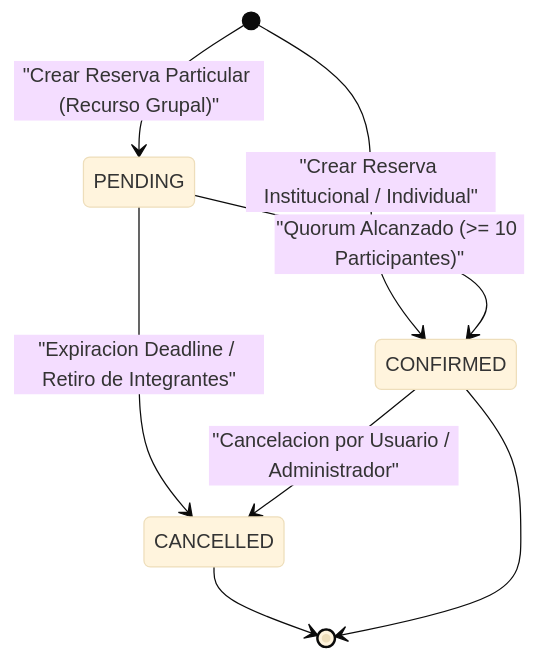
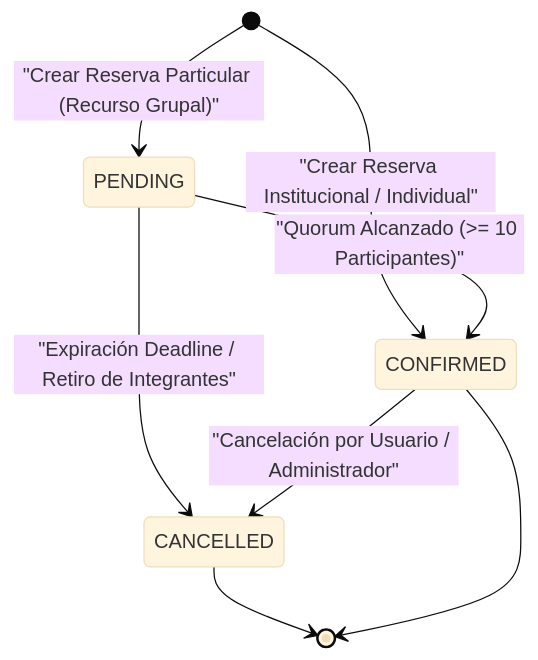
One commit to Nicolas-Montana-Baeza/Poli-REDI changed the second of 2 diagrams in docs/02-arquitectura-y-sistema.md. Above: the diagram before and after it, drawn with Mermaid (base theme). The commit also changed other lines of this file and 63 other files, not shown here.

````diff
--- a/docs/02-arquitectura-y-sistema.md
+++ b/docs/02-arquitectura-y-sistema.md
@@ -173,10 +173,10 @@
 ```mermaid
 stateDiagram-v2
     [*] --> PENDING : "Crear Reserva Particular (Recurso Grupal)"
     [*] --> CONFIRMED : "Crear Reserva Institucional / Individual"
     PENDING --> CONFIRMED : "Quorum Alcanzado (>= 10 Participantes)"
-    PENDING --> CANCELLED : "Expiracion Deadline / Retiro de Integrantes"
-    CONFIRMED --> CANCELLED : "Cancelacion por Usuario / Administrador"
+    PENDING --> CANCELLED : "Expiración Deadline / Retiro de Integrantes"
+    CONFIRMED --> CANCELLED : "Cancelación por Usuario / Administrador"
     CANCELLED --> [*]
     CONFIRMED --> [*]
 ```
````
